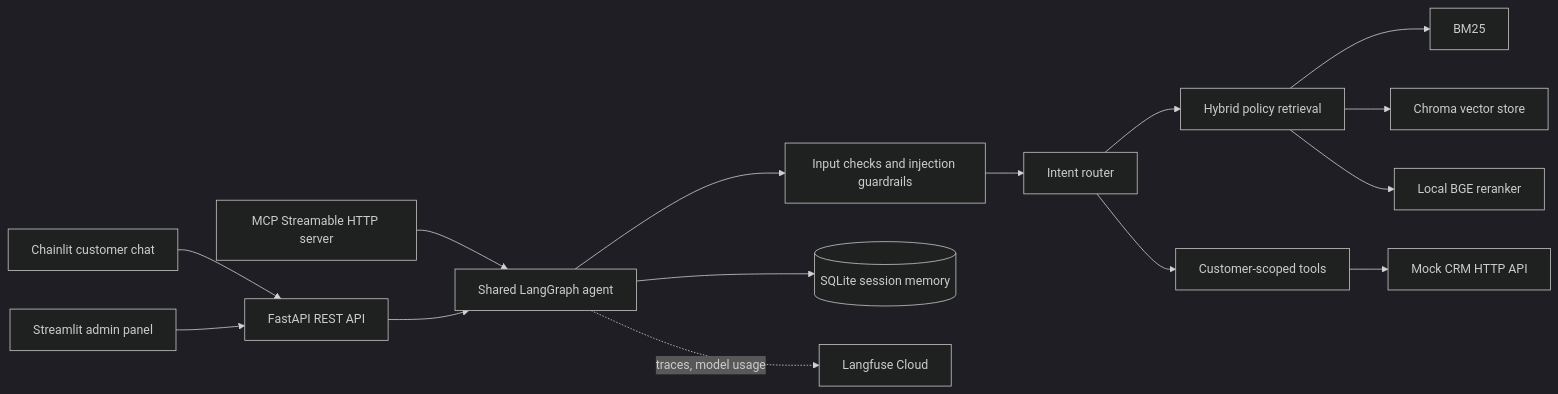
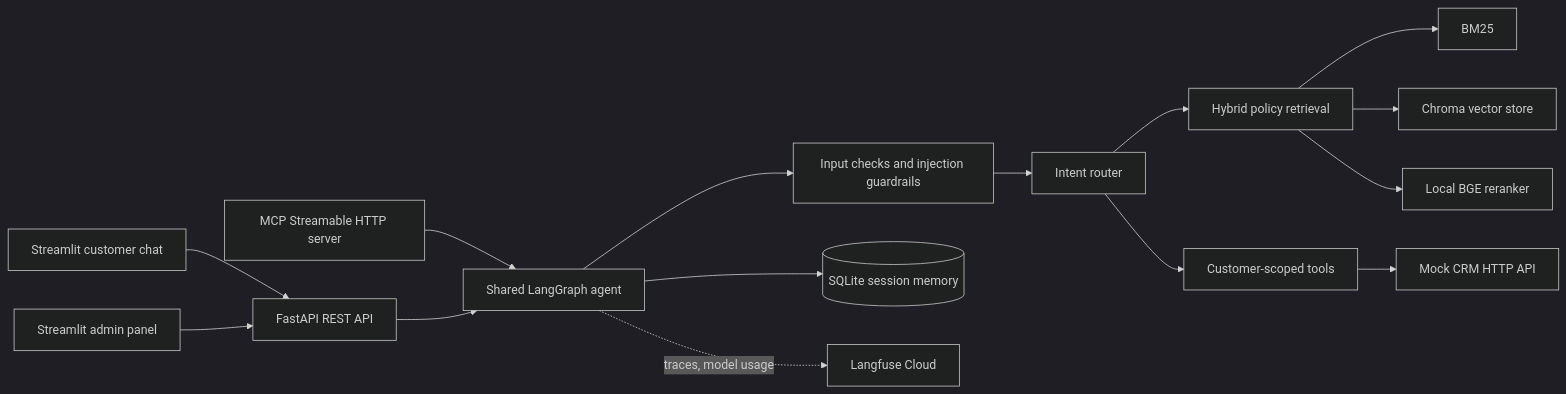
The diagram in README.md (purva1651/Customer-support-agent), drawn with Mermaid (dark theme) before and after one commit. The commit also changed other lines of this file and 11 other files, not shown here.

Commit message:
feat(frontend): replace Chainlit chat with Streamlit

````diff
--- a/README.md
+++ b/README.md
@@ -10,17 +10,17 @@
 ```mermaid
 flowchart LR
-    Chat[Chainlit customer chat] --> API[FastAPI REST API]
+    Chat[Streamlit customer chat] --> API[FastAPI REST API]
     Admin[Streamlit admin panel] --> API
     MCP[MCP Streamable HTTP server] --> Agent[Shared LangGraph agent]
     API --> Agent
     Agent --> Guard[Input checks and injection guardrails]
     Guard --> Router[Intent router]
     Router --> RAG[Hybrid policy retrieval]
     Router --> Tools[Customer-scoped tools]
     RAG --> BM25[BM25]
     RAG --> Chroma[Chroma vector store]
     RAG --> Reranker[Local BGE reranker]
     Tools --> CRM[Mock CRM HTTP API]
     Agent --> Memory[(SQLite session memory)]
     Agent -. traces, model usage .-> Langfuse[Langfuse Cloud]
 ```
````
